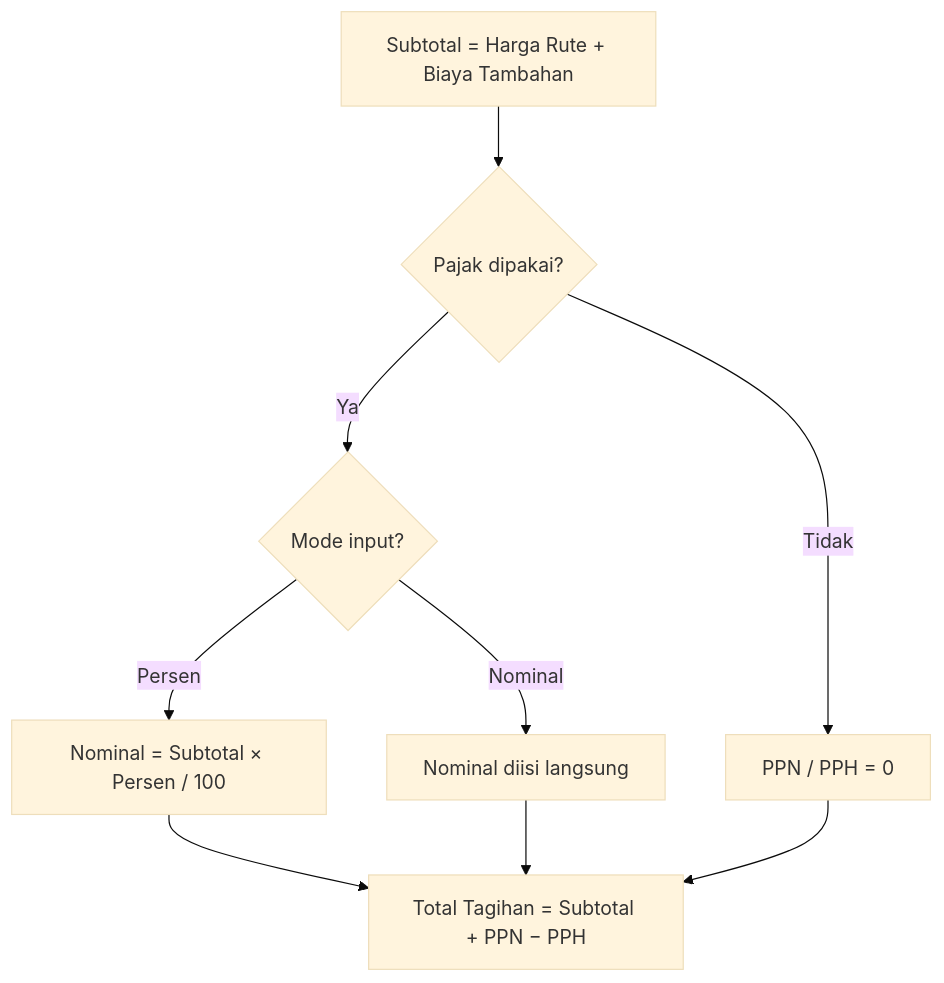
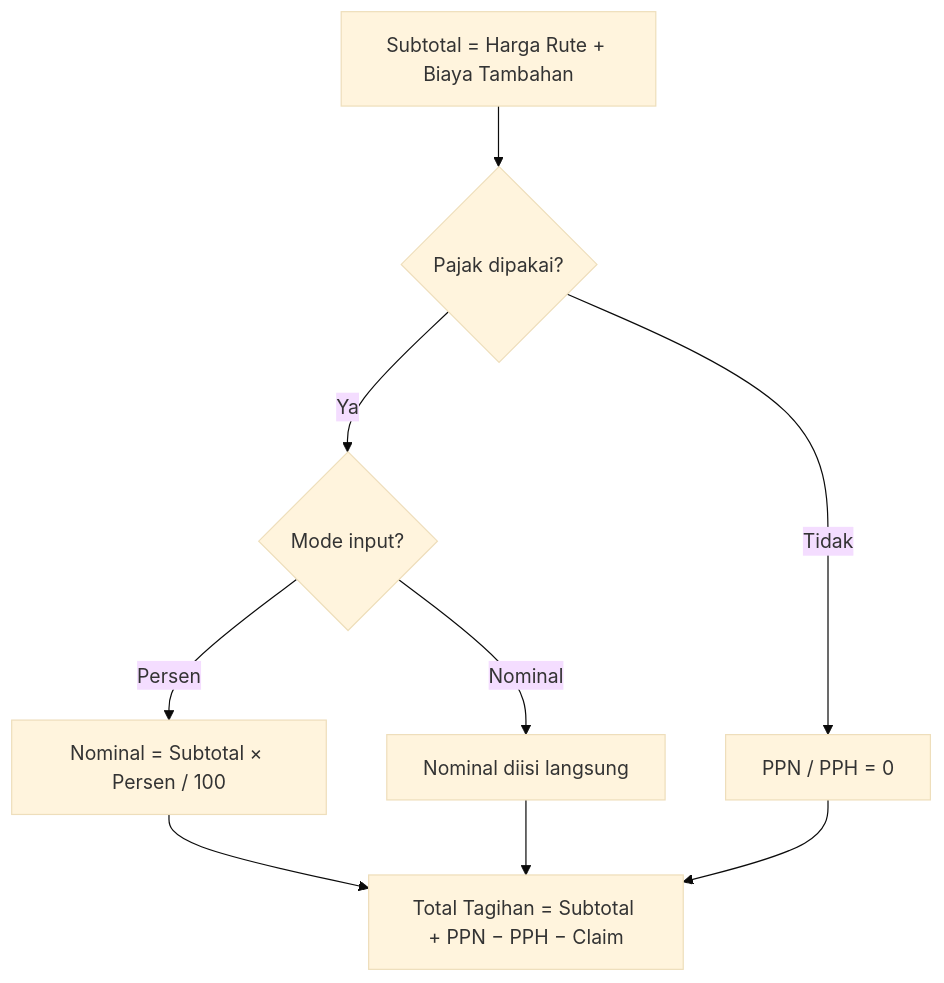
The third of 6 diagrams in md/pembayaran-langsung.md (fachrianalbar/fms-phl), drawn with Mermaid (base theme) before and after one commit. The commit also changed other lines of this file and 22 other files, not shown here.

Commit message:
Add note grouping and multi-DO payment flow

````diff
--- a/md/pembayaran-langsung.md
+++ b/md/pembayaran-langsung.md
@@ -100,11 +176,11 @@
 ```mermaid
 flowchart TD
     A[Subtotal = Harga Rute + Biaya Tambahan] --> B{Pajak dipakai?}
     B -->|Tidak| C[PPN / PPH = 0]
     B -->|Ya| D{Mode input?}
     D -->|Persen| E[Nominal = Subtotal × Persen / 100]
     D -->|Nominal| F[Nominal diisi langsung]
-    E --> G[Total Tagihan = Subtotal + PPN − PPH]
+    E --> G[Total Tagihan = Subtotal + PPN − PPH − Claim]
     F --> G
     C --> G
 ```
````
